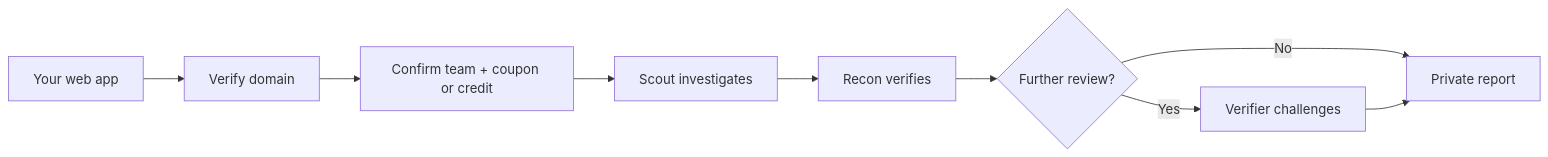
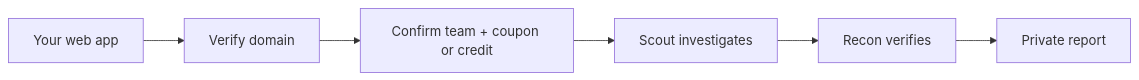
One commit to adaki2004/patchriot-core changed the diagram in README.md. Above: the diagram before and after it, drawn with Mermaid. The commit also changed other lines of this file and 11 other files, not shown here.

````diff
--- a/README.md
+++ b/README.md
@@ -11,11 +11,8 @@
 ```mermaid
 flowchart LR
     U[Your web app] --> V[Verify domain]
     V --> C[Confirm team + coupon or credit]
     C --> S[Scout investigates]
     S --> R[Recon verifies]
-    R --> T{Further review?}
-    T -->|Yes| X[Verifier challenges]
-    T -->|No| P[Private report]
-    X --> P
+    R --> P[Private report]
 ```
````
